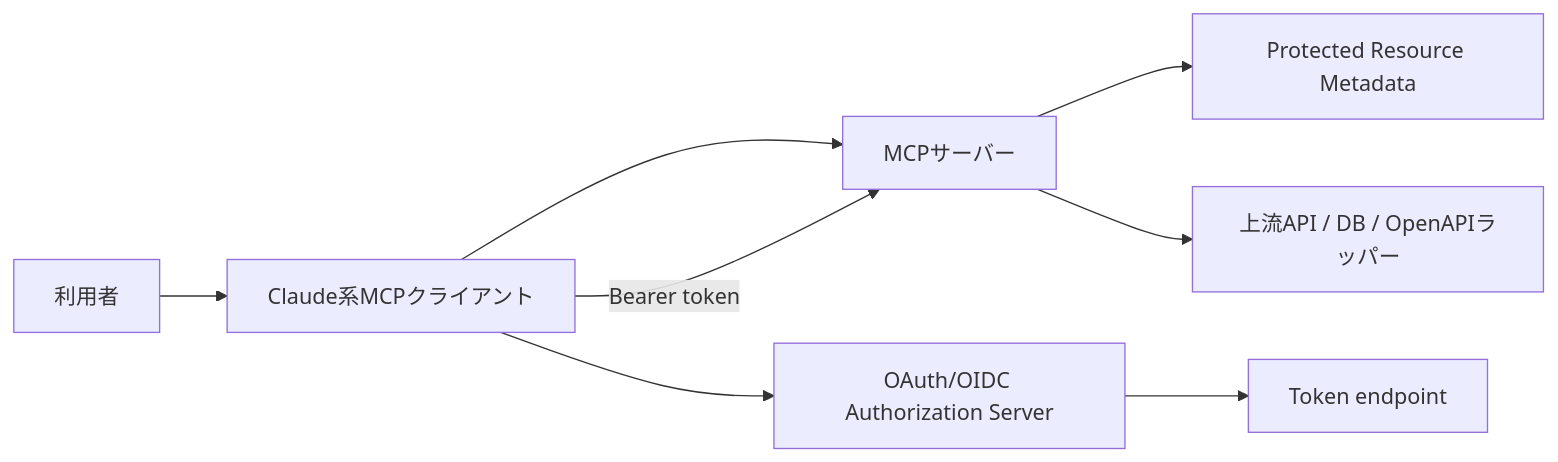
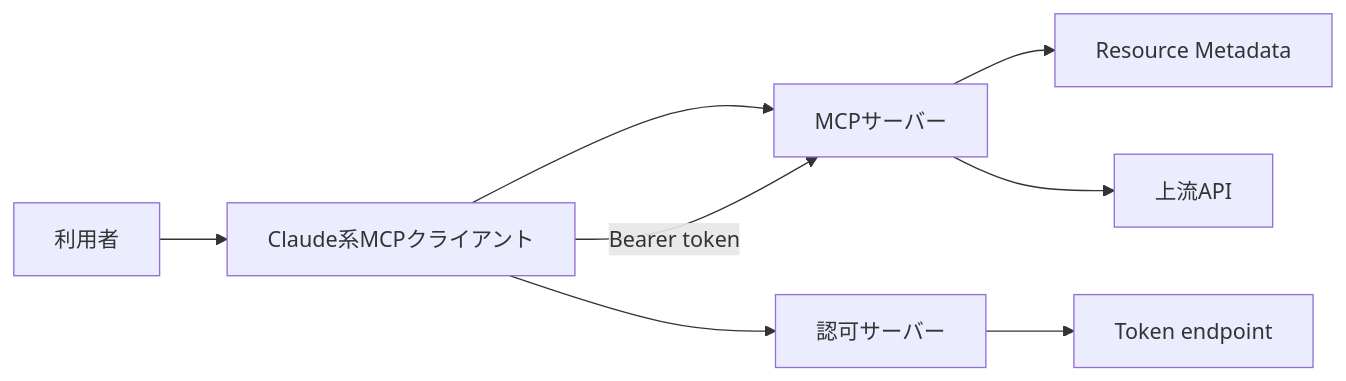
Before and after one commit to daylight55/research: the first of 4 diagrams in src/content/blog/oauth21-pkce-mcp-auth.mdx, drawn with Mermaid. The commit also changed 20 other files, not shown here.

Commit message:
Mermaid図の表示サイズを調整

````diff
--- a/src/content/blog/oauth21-pkce-mcp-auth.mdx
+++ b/src/content/blog/oauth21-pkce-mcp-auth.mdx
@@ -42,10 +42,10 @@
 ```mermaid
 flowchart LR
   U["利用者"] --> C["Claude系MCPクライアント"]
   C --> M["MCPサーバー"]
-  M --> PRM["Protected Resource Metadata"]
-  C --> AS["OAuth/OIDC Authorization Server"]
+  M --> PRM["Resource Metadata"]
+  C --> AS["認可サーバー"]
   AS --> TOK["Token endpoint"]
   C -->|Bearer token| M
-  M --> API["上流API / DB / OpenAPIラッパー"]
+  M --> API["上流API"]
 ```
````
